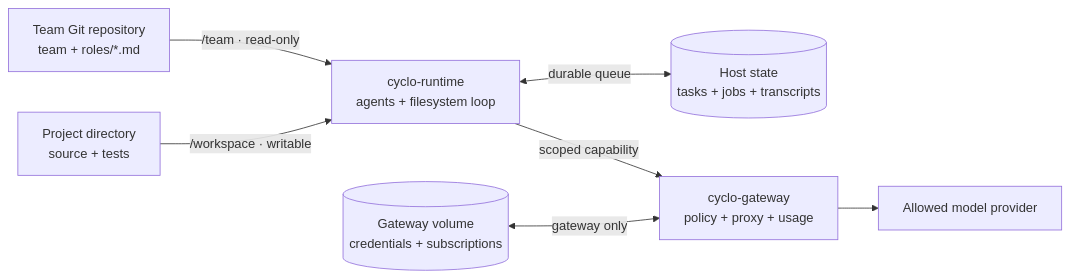
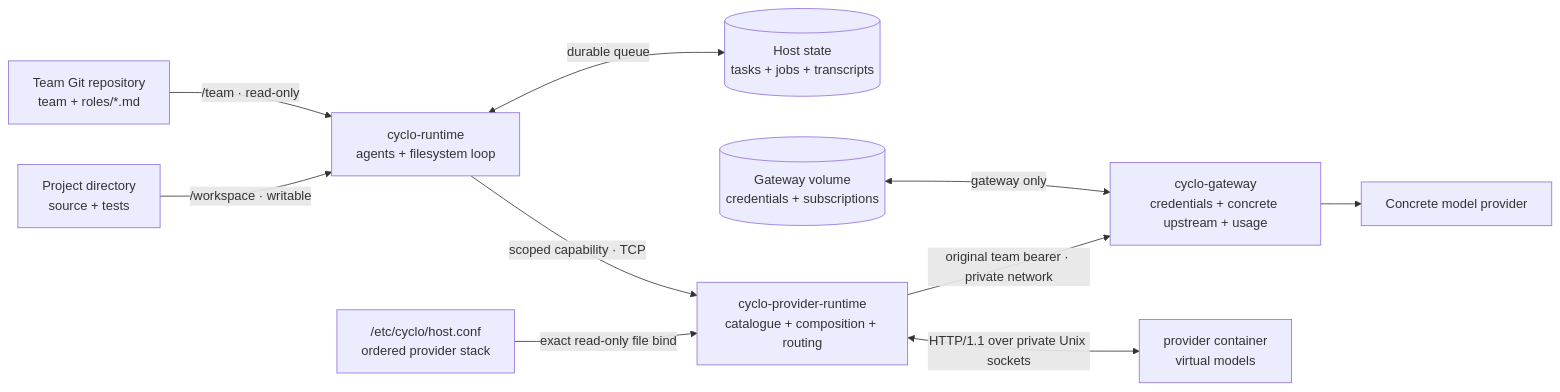
Before and after one commit to nekkoai/cyclo: the diagram in README.md, drawn with Mermaid. The commit also changed other lines of this file and 74 other files, not shown here.

First line of the commit message:
feat: add composable provider runtime

````diff
--- a/README.md
+++ b/README.md
@@ -123,17 +189,23 @@
 ```mermaid
 flowchart LR
     T["Team Git repository<br/>team + roles/*.md"]
     P["Project directory<br/>source + tests"]
     R["cyclo-runtime<br/>agents + filesystem loop"]
     S[("Host state<br/>tasks + jobs + transcripts")]
-    G["cyclo-gateway<br/>policy + proxy + usage"]
+    X["cyclo-provider-runtime<br/>catalogue + composition + routing"]
+    G["cyclo-gateway<br/>credentials + concrete upstream + usage"]
+    H["/etc/cyclo/host.conf<br/>ordered provider stack"]
+    C["provider container<br/>virtual models"]
     V[("Gateway volume<br/>credentials + subscriptions")]
-    M["Allowed model provider"]
+    M["Concrete model provider"]
 
     T -->|/team · read-only| R
     P -->|/workspace · writable| R
     R <-->|durable queue| S
-    R -->|scoped capability| G
+    R -->|scoped capability · TCP| X
     V <-->|gateway only| G
+    H -->|exact read-only file bind| X
+    X <-->|HTTP/1.1 over private Unix sockets| C
+    X -->|original team bearer · private network| G
     G --> M
 ```
````
